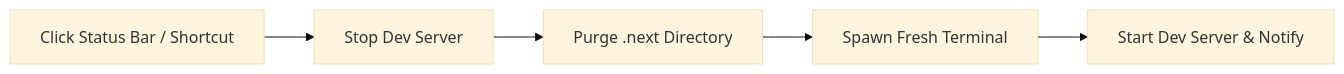
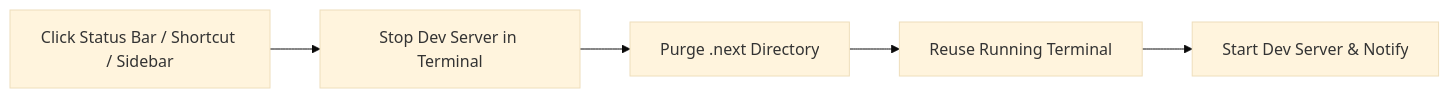
The diagram in README.md (Eugee29/next-clean-restart), drawn with Mermaid (base theme) before and after one commit. The commit also changed other lines of this file and 7 other files, not shown here.

Commit message:
feat: add sidebar tab for settings configuration and reuse running terminal

````diff
--- a/README.md
+++ b/README.md
@@ -23,7 +25,7 @@
 ```mermaid
 flowchart LR
-    A[Click Status Bar / Shortcut] --> B[Stop Dev Server]
+    A[Click Status Bar / Shortcut / Sidebar] --> B[Stop Dev Server in Terminal]
     B --> C[Purge .next Directory]
-    C --> D[Spawn Fresh Terminal]
+    C --> D[Reuse Running Terminal]
     D --> E[Start Dev Server & Notify]
 ```
````
